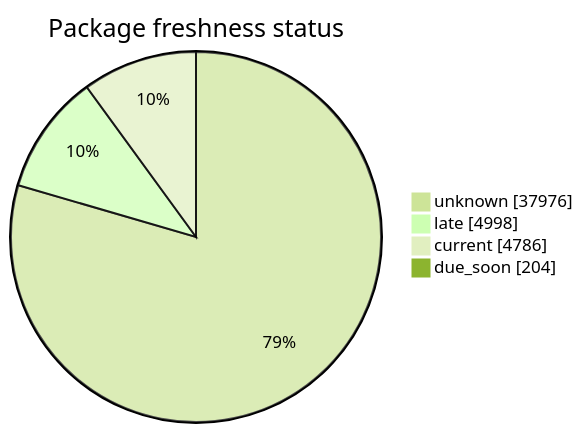
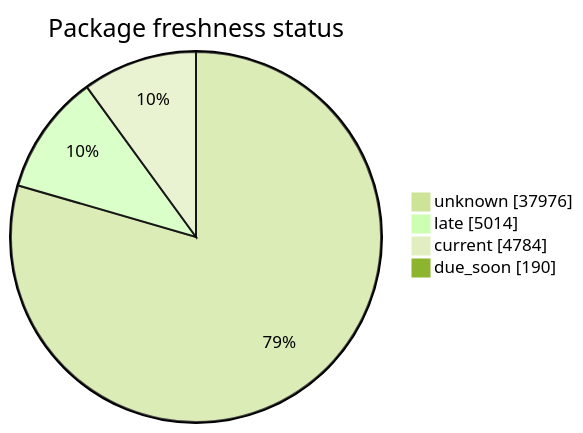
One commit to open-data/analytics-corporate-reporting changed the second of 5 diagrams in FreshCheck/README.md. Above: the diagram before and after it, drawn with Mermaid (forest theme). The commit also changed other lines of this file and 3 other files, not shown here.

````diff
--- a/FreshCheck/README.md
+++ b/FreshCheck/README.md
@@ -68,7 +68,7 @@
 ```mermaid
 pie showData title Package freshness status
     "unknown": 37976
-    "late": 4998
-    "current": 4786
-    "due_soon": 204
+    "late": 5014
+    "current": 4784
+    "due_soon": 190
 ```
````
